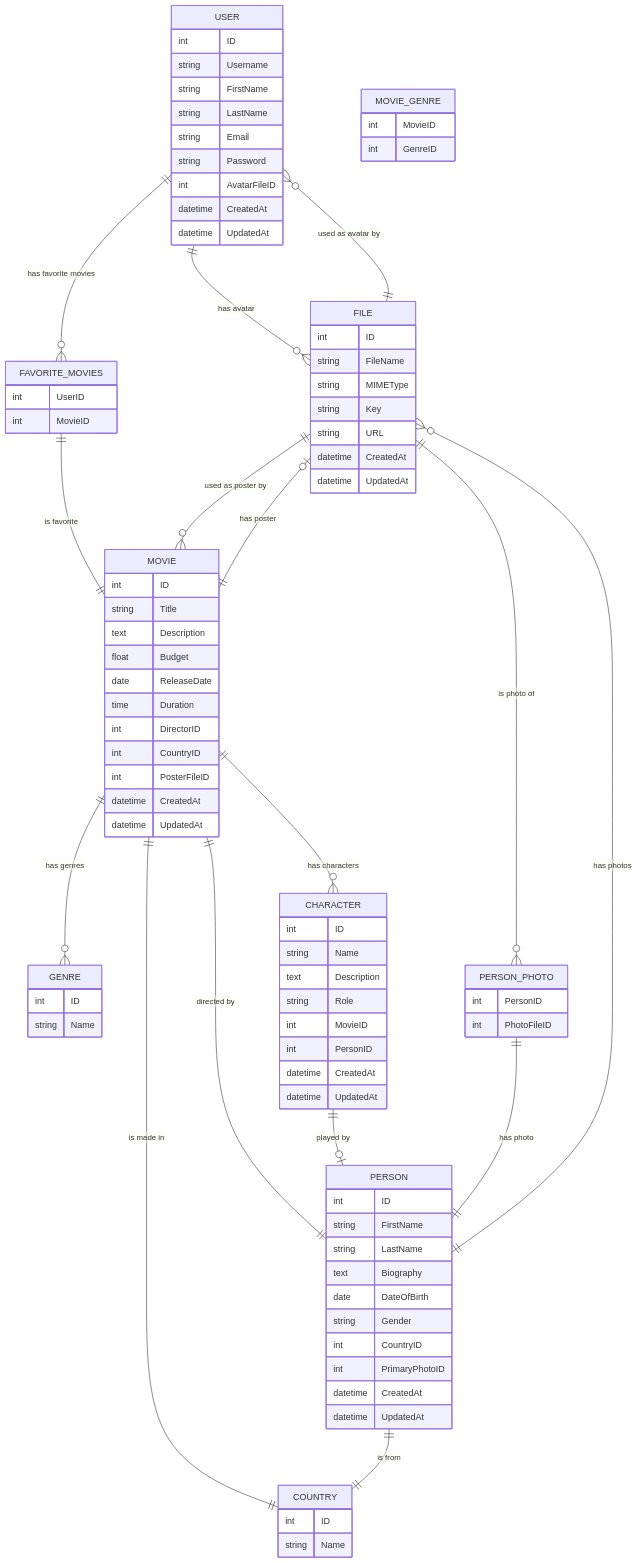
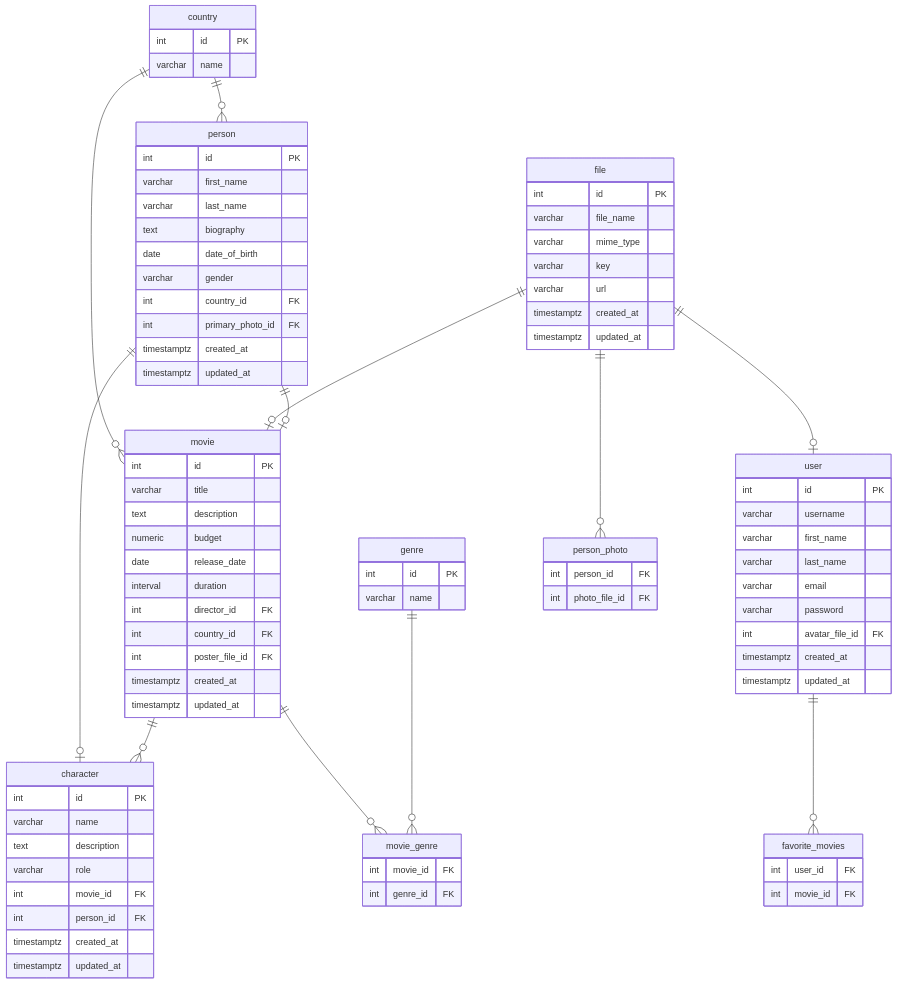
The diagram in README.md (d42null/bsa-db-sql), drawn with Mermaid before and after one commit. The commit also changed other lines of this file, not shown here.

````diff
--- a/README.md
+++ b/README.md
@@ -2,94 +3,100 @@
 ```mermaid
 erDiagram
-    USER {
-        int ID
-        string Username
-        string FirstName
-        string LastName
-        string Email
-        string Password
-        int AvatarFileID
-        datetime CreatedAt
-        datetime UpdatedAt
+    country {
+        int id PK
+        varchar name
     }
-    FILE {
-        int ID
-        string FileName
-        string MIMEType
-        string Key
-        string URL
-        datetime CreatedAt
-        datetime UpdatedAt
+
+    file {
+        int id PK
+        varchar file_name
+        varchar mime_type
+        varchar key
+        varchar url
+        timestamptz created_at
+        timestamptz updated_at
     }
-    MOVIE {
-        int ID
-        string Title
-        text Description
-        float Budget
-        date ReleaseDate
-        time Duration
-        int DirectorID
-        int CountryID
-        int PosterFileID
-        datetime CreatedAt
-        datetime UpdatedAt
+
+    "user" {
+        int id PK
+        varchar username
+        varchar first_name
+        varchar last_name
+        varchar email
+        varchar password
+        int avatar_file_id FK
+        timestamptz created_at
+        timestamptz updated_at
     }
-    GENRE {
-        int ID
-        string Name
+
+    person {
+        int id PK
+        varchar first_name
+        varchar last_name
+        text biography
+        date date_of_birth
+        varchar gender
+        int country_id FK
+        int primary_photo_id FK
+        timestamptz created_at
+        timestamptz updated_at
     }
-    MOVIE_GENRE {
-        int MovieID
-        int GenreID
+
+    movie {
+        int id PK
+        varchar title
+        text description
+        numeric budget
+        date release_date
+        interval duration
+        int director_id FK
+        int country_id FK
+        int poster_file_id FK
+        timestamptz created_at
+        timestamptz updated_at
     }
-    CHARACTER {
-        int ID
-        string Name
-        text Description
-        string Role
-        int MovieID
-        int PersonID
-        datetime CreatedAt
-        datetime UpdatedAt
+
+    genre {
+        int id PK
+        varchar name
     }
-    PERSON {
-        int ID
-        string FirstName
-        string LastName
-        text Biography
-        date DateOfBirth
-        string Gender
-        int CountryID
-        int PrimaryPhotoID
-        datetime CreatedAt
-        datetime UpdatedAt
+
+    movie_genre {
+        int movie_id FK
+        int genre_id FK
     }
-    PERSON_PHOTO {
-        int PersonID
-        int PhotoFileID
+
+    "character" {
+        int id PK
+        varchar name
+        text description
+        varchar role
+        int movie_id FK
+        int person_id FK
+        timestamptz created_at
+        timestamptz updated_at
     }
-    FAVORITE_MOVIES {
-        int UserID
-        int MovieID
+
+    person_photo {
+        int person_id FK
+        int photo_file_id FK
     }
-    COUNTRY {
-        int ID
-        string Name
+
+    favorite_movies {
+        int user_id FK
+        int movie_id FK
     }
-    USER ||--o{ FILE : "has avatar"
-    MOVIE ||--o| FILE : "has poster"
-    MOVIE ||--|| COUNTRY : "is made in"
-    MOVIE ||--|| PERSON : "directed by"
-    MOVIE ||--o{ GENRE : "has genres"
-    MOVIE ||--o{ CHARACTER : "has characters"
-    CHARACTER ||--o| PERSON : "played by"
-    PERSON ||--o{ FILE : "has photos"
-    USER ||--o{ FAVORITE_MOVIES : "has favorite movies"
-    FAVORITE_MOVIES ||--|| MOVIE : "is favorite"
-    FILE ||--o{ USER : "used as avatar by"
-    FILE ||--o{ MOVIE : "used as poster by"
-    FILE ||--o{ PERSON_PHOTO : "is photo of"
-    PERSON_PHOTO ||--|| PERSON : "has photo"
-    PERSON ||--|| COUNTRY : "is from"
+
+    country ||--o{ person: ""
+    country ||--o{ movie: ""
+    file ||--o| "user": ""
+    file ||--o{ person_photo: ""
+    file ||--o| movie: ""
+    "user" ||--o{ favorite_movies: ""
+    person ||--o| movie: ""
+    person ||--o| "character": ""
+    movie ||--o{ "character": ""
+    movie ||--o{ movie_genre: ""
+    genre ||--o{ movie_genre: ""
 
 ```
````
